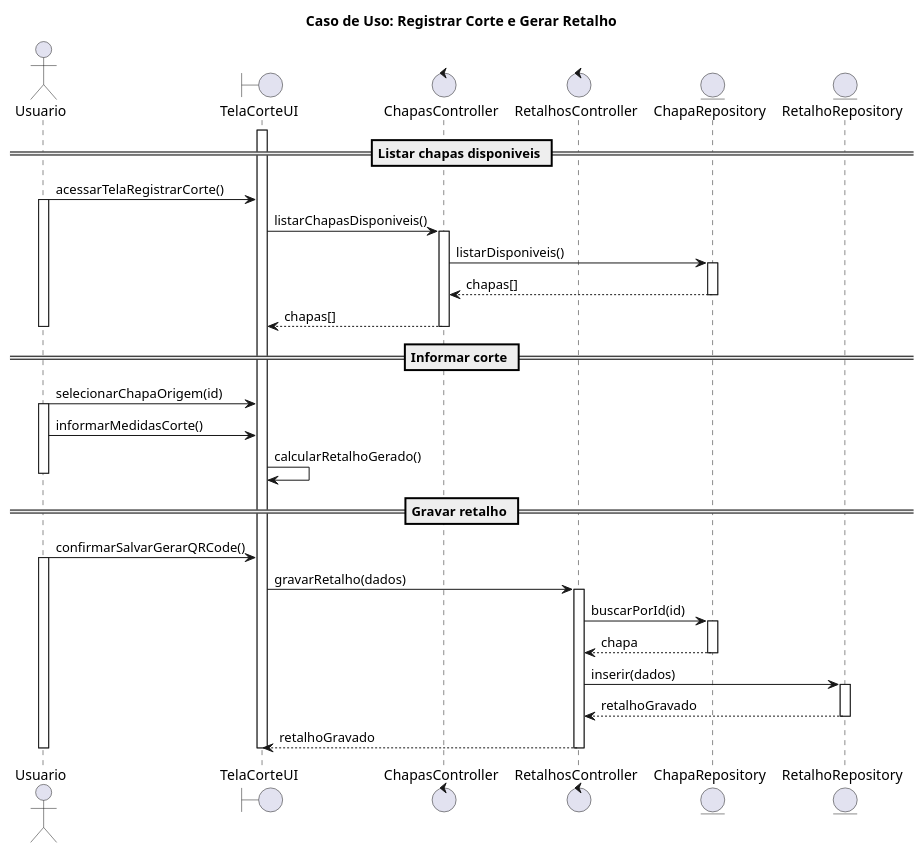
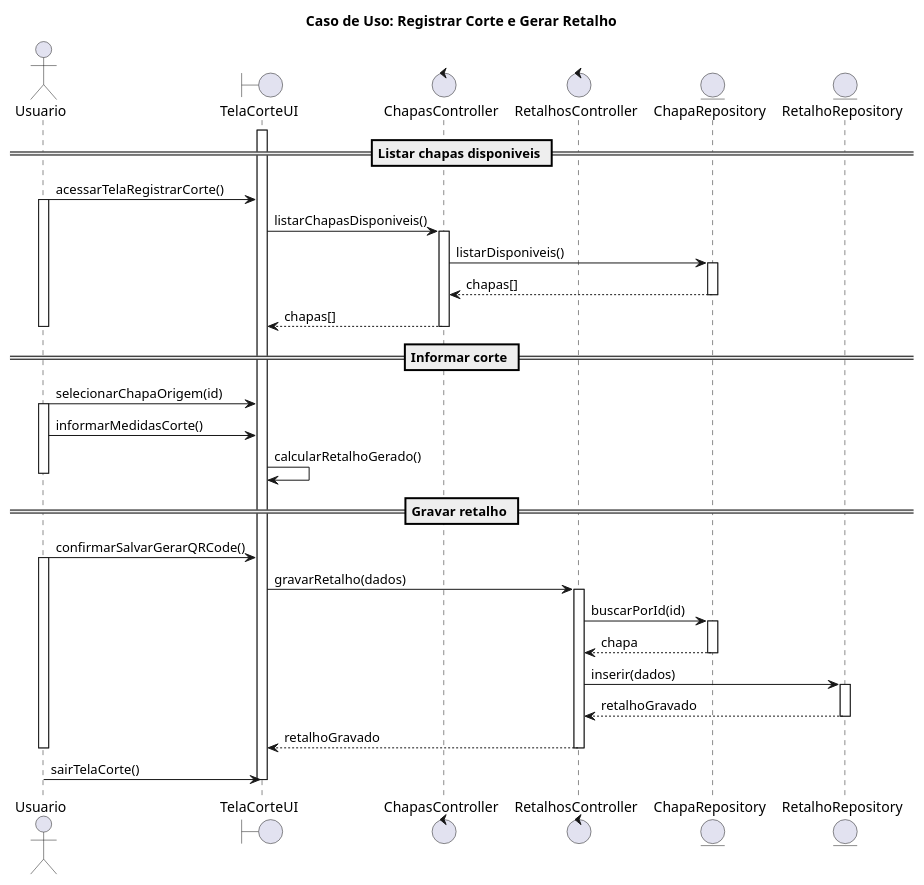
The second of 2 diagrams in DIAGRAMAS_SEQUENCIA_PROFESSOR.md (WlFerrari/TetusManager), drawn with PlantUML before and after one commit. The commit also changed other lines of this file and 3 other files, not shown here.

````diff
--- a/DIAGRAMAS_SEQUENCIA_PROFESSOR.md
+++ b/DIAGRAMAS_SEQUENCIA_PROFESSOR.md
@@ -79,47 +79,48 @@
 ```plantuml
 @startuml
 title Caso de Uso: Registrar Corte e Gerar Retalho
 actor Usuario
 boundary UI as "TelaCorteUI"
 control ChapasCtrl as "ChapasController"
 control RetalhosCtrl as "RetalhosController"
 entity ChapaRepo as "ChapaRepository"
 entity RetalhoRepo as "RetalhoRepository"
 activate UI
 == Listar chapas disponiveis ==
 Usuario -> UI: acessarTelaRegistrarCorte()
 activate Usuario
 UI -> ChapasCtrl: listarChapasDisponiveis()
 activate ChapasCtrl
 ChapasCtrl -> ChapaRepo: listarDisponiveis()
 activate ChapaRepo
 ChapaRepo --> ChapasCtrl: chapas[]
 deactivate ChapaRepo
 ChapasCtrl --> UI: chapas[]
 deactivate ChapasCtrl
 deactivate Usuario
 == Informar corte ==
 Usuario -> UI: selecionarChapaOrigem(id)
 activate Usuario
 Usuario -> UI: informarMedidasCorte()
 UI -> UI: calcularRetalhoGerado()
 deactivate Usuario
 == Gravar retalho ==
 Usuario -> UI: confirmarSalvarGerarQRCode()
 activate Usuario
 UI -> RetalhosCtrl: gravarRetalho(dados)
 activate RetalhosCtrl
 RetalhosCtrl -> ChapaRepo: buscarPorId(id)
 activate ChapaRepo
 ChapaRepo --> RetalhosCtrl: chapa
 deactivate ChapaRepo
 RetalhosCtrl -> RetalhoRepo: inserir(dados)
 activate RetalhoRepo
 RetalhoRepo --> RetalhosCtrl: retalhoGravado
 deactivate RetalhoRepo
 RetalhosCtrl --> UI: retalhoGravado
 deactivate RetalhosCtrl
 deactivate Usuario
+Usuario -> UI: sairTelaCorte()
 deactivate UI
 @enduml
 ```
````
